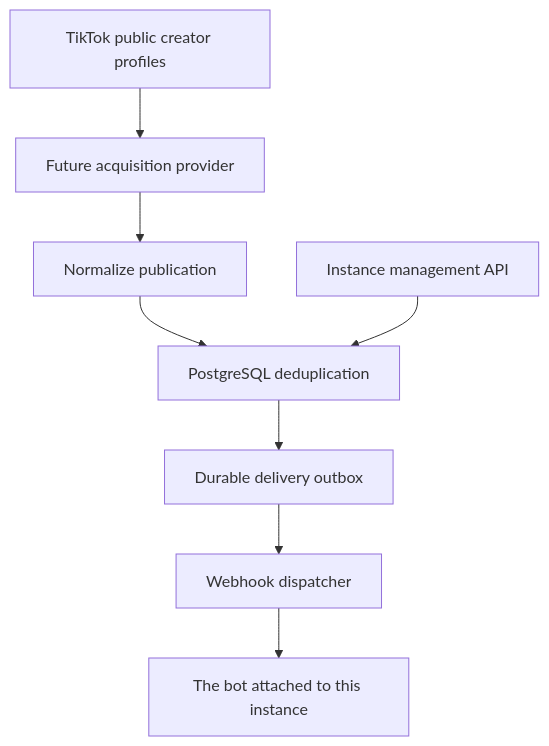
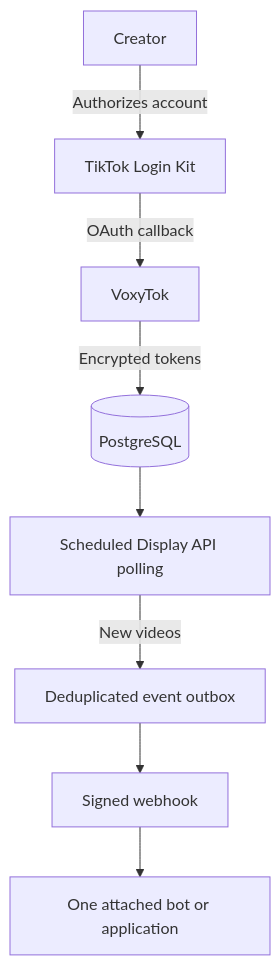
One commit to KuaFeur/VoxyTok changed the diagram in README.md. Above: the diagram before and after it, drawn with Mermaid. The commit also changed other lines of this file and 6 other files, not shown here.

````diff
--- a/README.md
+++ b/README.md
@@ -46,10 +31,10 @@
 ```mermaid
 flowchart TD
-    T[TikTok public creator profiles] --> P[Future acquisition provider]
-    P --> N[Normalize publication]
-    N --> D[PostgreSQL deduplication]
-    D --> O[Durable delivery outbox]
-    O --> W[Webhook dispatcher]
-    W --> B[The bot attached to this instance]
-    API[Instance management API] --> D
+    U[Creator] -->|Authorizes account| L[TikTok Login Kit]
+    L -->|OAuth callback| V[VoxyTok]
+    V -->|Encrypted tokens| DB[(PostgreSQL)]
+    DB --> P[Scheduled Display API polling]
+    P -->|New videos| O[Deduplicated event outbox]
+    O --> W[Signed webhook]
+    W --> A[One attached bot or application]
 ```
````
